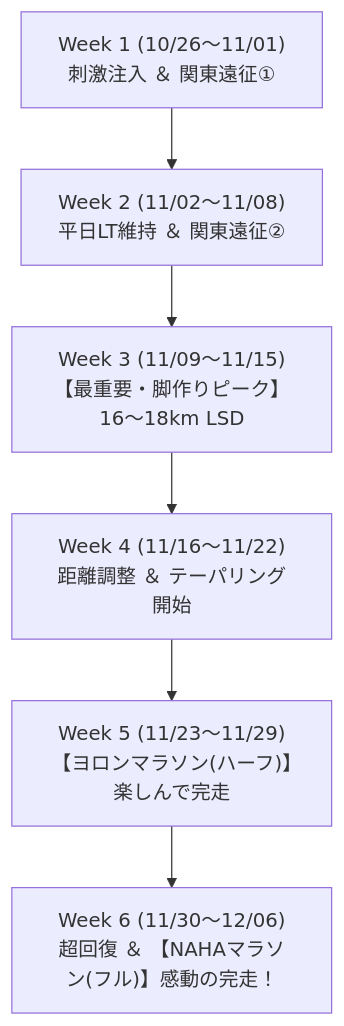
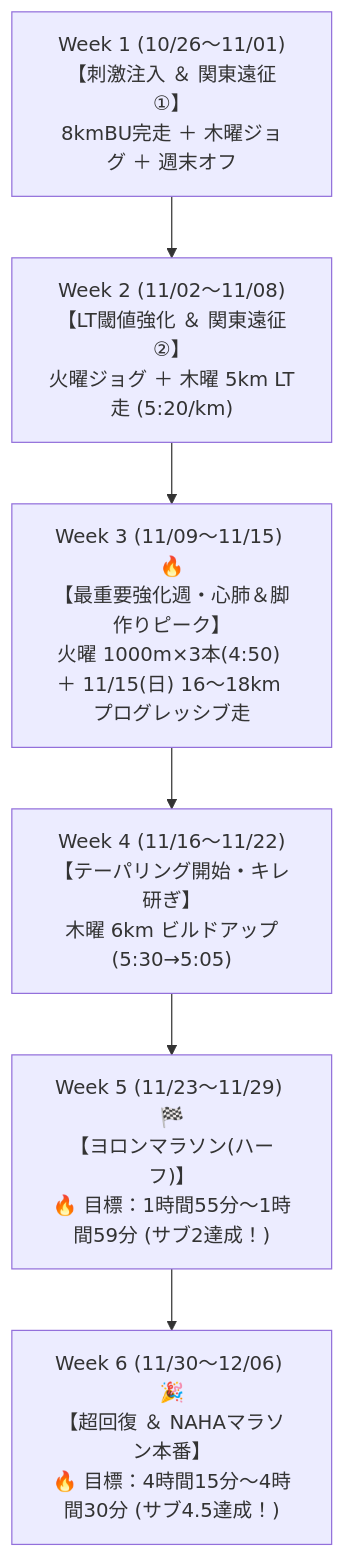
The diagram in docs/TRAINING_PLAN_2026.md (nem6ishi/running_analytics), drawn with Mermaid before and after one commit. The commit also changed other lines of this file and 2 other files, not shown here.

````diff
--- a/docs/TRAINING_PLAN_2026.md
+++ b/docs/TRAINING_PLAN_2026.md
@@ -18,8 +29,8 @@
 ```mermaid
 flowchart TD
-    W1["Week 1 (10/26〜11/01)<br/>刺激注入 ＆ 関東遠征①"] --> W2["Week 2 (11/02〜11/08)<br/>平日LT維持 ＆ 関東遠征②"]
-    W2 --> W3["Week 3 (11/09〜11/15)<br/>【最重要・脚作りピーク】16〜18km LSD"]
-    W3 --> W4["Week 4 (11/16〜11/22)<br/>距離調整 ＆ テーパリング開始"]
-    W4 --> W5["Week 5 (11/23〜11/29)<br/>【ヨロンマラソン(ハーフ)】楽しんで完走"]
-    W5 --> W6["Week 6 (11/30〜12/06)<br/>超回復 ＆ 【NAHAマラソン(フル)】感動の完走！"]
+    W1["Week 1 (10/26〜11/01)<br/>【刺激注入 ＆ 関東遠征①】<br/>8kmBU完走 ＋ 木曜ジョグ ＋ 週末オフ"] --> W2["Week 2 (11/02〜11/08)<br/>【LT閾値強化 ＆ 関東遠征②】<br/>火曜ジョグ ＋ 木曜 5km LT走 (5:20/km)"]
+    W2 --> W3["Week 3 (11/09〜11/15) 🔥<br/>【最重要強化週・心肺＆脚作りピーク】<br/>火曜 1000m×3本(4:50) ＋ 11/15(日) 16〜18km プログレッシブ走"]
+    W3 --> W4["Week 4 (11/16〜11/22)<br/>【テーパリング開始・キレ研ぎ】<br/>木曜 6km ビルドアップ(5:30→5:05)"]
+    W4 --> W5["Week 5 (11/23〜11/29) 🏁<br/>【ヨロンマラソン(ハーフ)】<br/>🔥 目標：1時間55分〜1時間59分 (サブ2達成！)"]
+    W5 --> W6["Week 6 (11/30〜12/06) 🎉<br/>【超回復 ＆ NAHAマラソン本番】<br/>🔥 目標：4時間15分〜4時間30分 (サブ4.5達成！)"]
 ```
````
